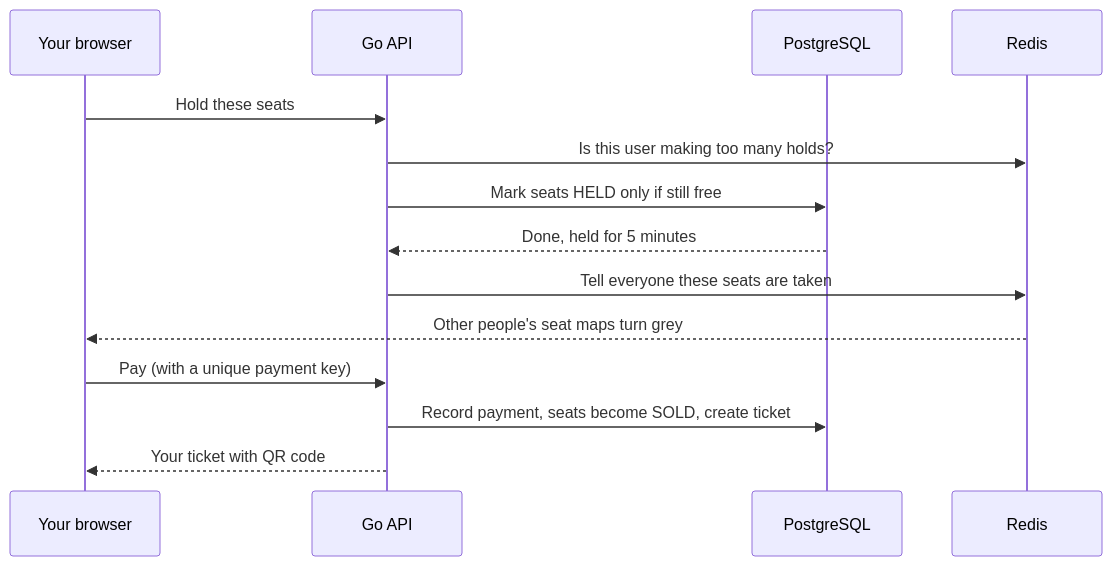
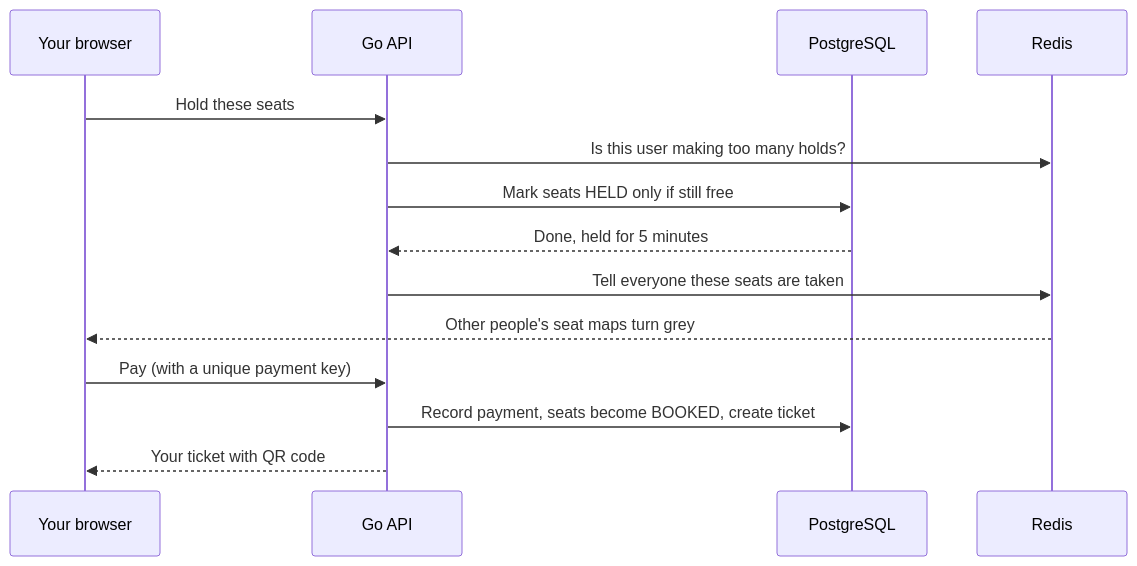
The second of 2 diagrams in README.md (Badri-2915/eventhub), drawn with Mermaid before and after one commit.

Commit message:
README: seats become BOOKED (matches the seat_status enum)

````diff
--- a/README.md
+++ b/README.md
@@ -223,16 +223,16 @@
 ```mermaid
 sequenceDiagram
     participant B as Your browser
     participant A as Go API
     participant P as PostgreSQL
     participant R as Redis
     B->>A: Hold these seats
     A->>R: Is this user making too many holds?
     A->>P: Mark seats HELD only if still free
     P-->>A: Done, held for 5 minutes
     A->>R: Tell everyone these seats are taken
     R-->>B: Other people's seat maps turn grey
     B->>A: Pay (with a unique payment key)
-    A->>P: Record payment, seats become SOLD, create ticket
+    A->>P: Record payment, seats become BOOKED, create ticket
     A-->>B: Your ticket with QR code
 ```
````
